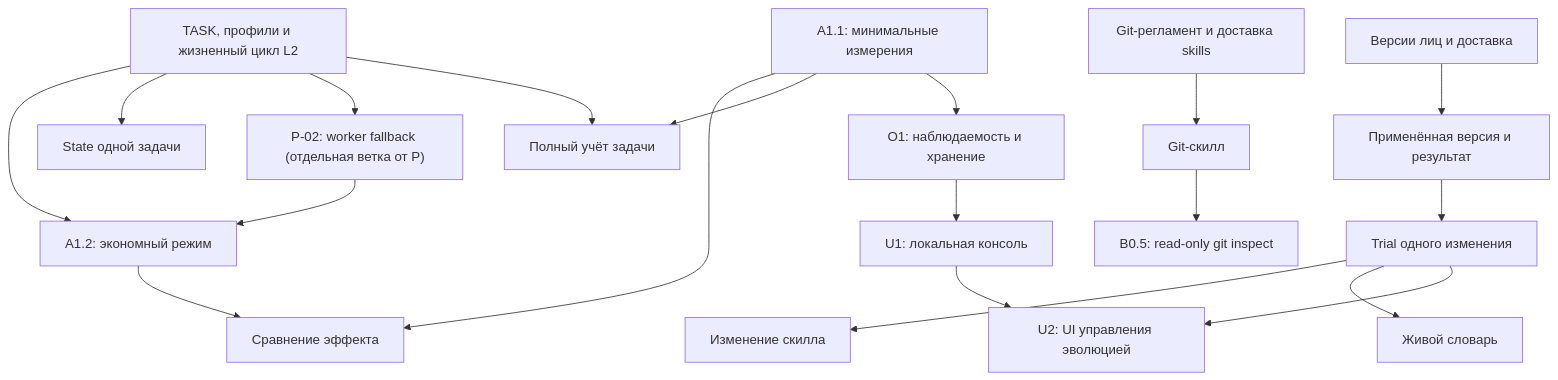
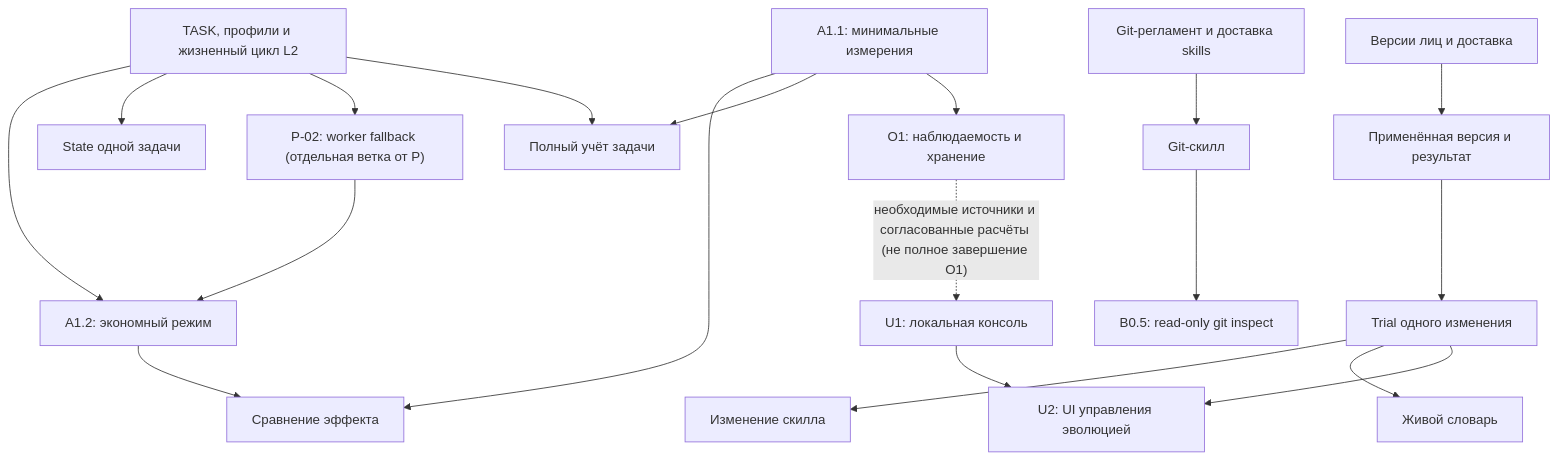
Before and after one commit to chekh/mister-wolf: the diagram in docs/dev/roadmap/roadmap-v4.md, drawn with Mermaid. The commit also changed other lines of this file and 2 other files, not shown here.

First line of the commit message:
docs(roadmap): v4 ред. 11 — уточнения по ревью владельца ред. 10 (5 пунктов)

````diff
--- a/docs/dev/roadmap/roadmap-v4.md
+++ b/docs/dev/roadmap/roadmap-v4.md
@@ -562,21 +566,21 @@
 ```mermaid
 flowchart TD
   P["TASK, профили и жизненный цикл L2"] --> A["A1.2: экономный режим"]
   P --> E["State одной задачи"]
   P --> P2["P-02: worker fallback (отдельная ветка от P)"]
   P2 --> A
   M["A1.1: минимальные измерения"] --> K["Сравнение эффекта"]
   A --> K
   F["Версии лиц и доставка"] --> U["Применённая версия и результат"]
   U --> D["Trial одного изменения"]
   D --> S["Изменение скилла"]
   D --> I["Живой словарь"]
   P --> J["Полный учёт задачи"]
   M --> J
   GP["Git-регламент и доставка skills"] --> B0["Git-скилл"]
   B0 --> B05["B0.5: read-only git inspect"]
   M --> O1["O1: наблюдаемость и хранение"]
-  O1 --> U1["U1: локальная консоль"]
+  O1 -. "необходимые источники и согласованные расчёты (не полное завершение O1)" .-> U1["U1: локальная консоль"]
   D --> U2["U2: UI управления эволюцией"]
   U1 --> U2
 ```
````
